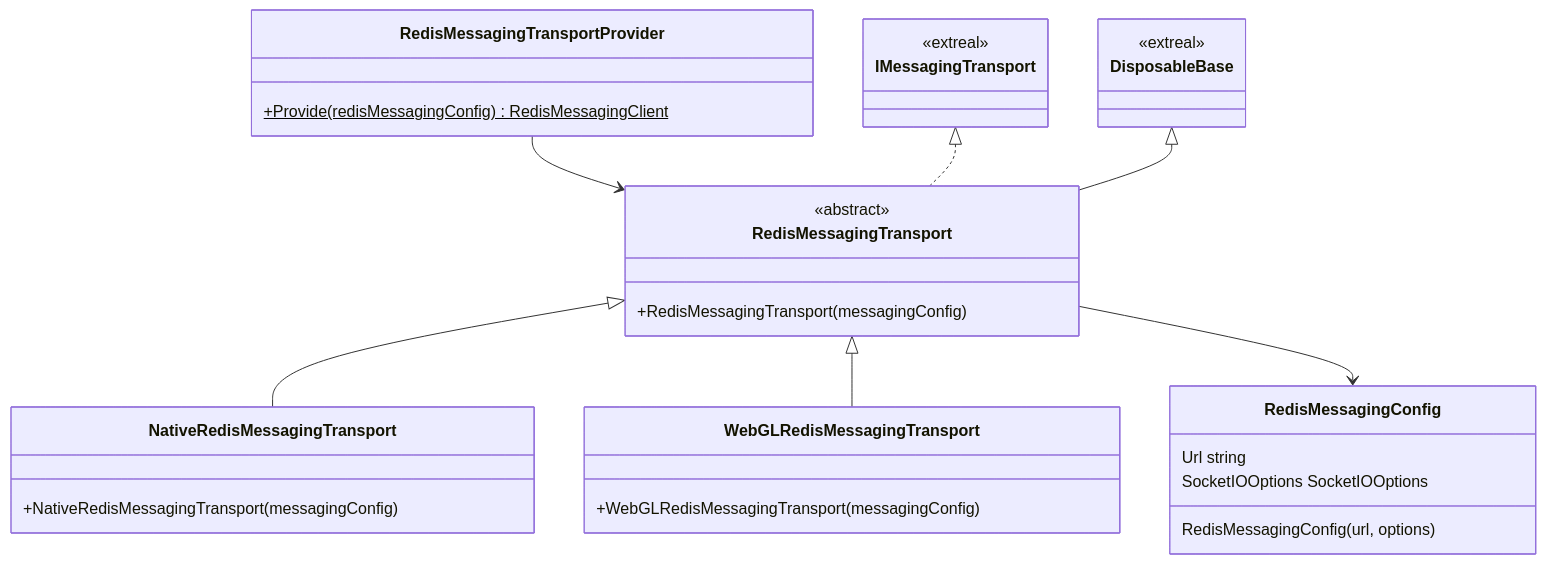
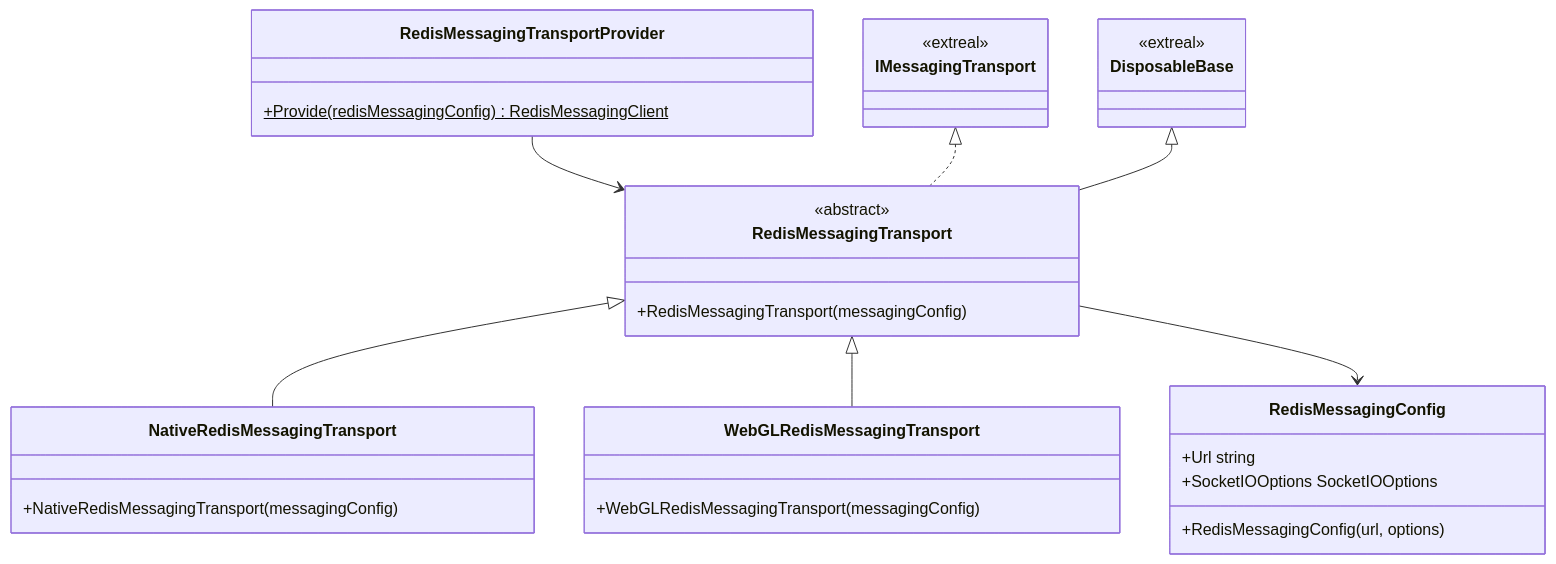
One commit to extreal-dev/Extreal.Guide changed the first of 2 diagrams in docs/integration/messaging.redis.md. Above: the diagram before and after it, drawn with Mermaid. The commit also changed 1 other file, not shown here.

Commit message:
Modify class diagrams of messaging

````diff
--- a/docs/integration/messaging.redis.md
+++ b/docs/integration/messaging.redis.md
@@ -22,41 +22,42 @@
 ```mermaid
 classDiagram
 
     RedisMessagingTransportProvider --> RedisMessagingTransport
     RedisMessagingTransport <|-- NativeRedisMessagingTransport
     RedisMessagingTransport <|-- WebGLRedisMessagingTransport
     RedisMessagingTransport --> RedisMessagingConfig
     IMessagingTransport <|.. RedisMessagingTransport
     DisposableBase <|-- RedisMessagingTransport
 
     class RedisMessagingTransportProvider {
         +Provide(redisMessagingConfig)$ RedisMessagingClient
     }
     
     class RedisMessagingTransport {
         <<abstract>>
         +RedisMessagingTransport(messagingConfig)
     }
     
     class RedisMessagingConfig {
-        Url string
-        SocketIOOptions SocketIOOptions
-        RedisMessagingConfig(url, options)
+        +Url string
+        +SocketIOOptions SocketIOOptions
+        
+        +RedisMessagingConfig(url, options)
     }
     
     class NativeRedisMessagingTransport {
         +NativeRedisMessagingTransport(messagingConfig) 
     }
     
     class WebGLRedisMessagingTransport {
         +WebGLRedisMessagingTransport(messagingConfig)
     }
 
     class IMessagingTransport {
         <<extreal>>
     }
 
     class DisposableBase {
         <<extreal>>
     }
 ```
````
